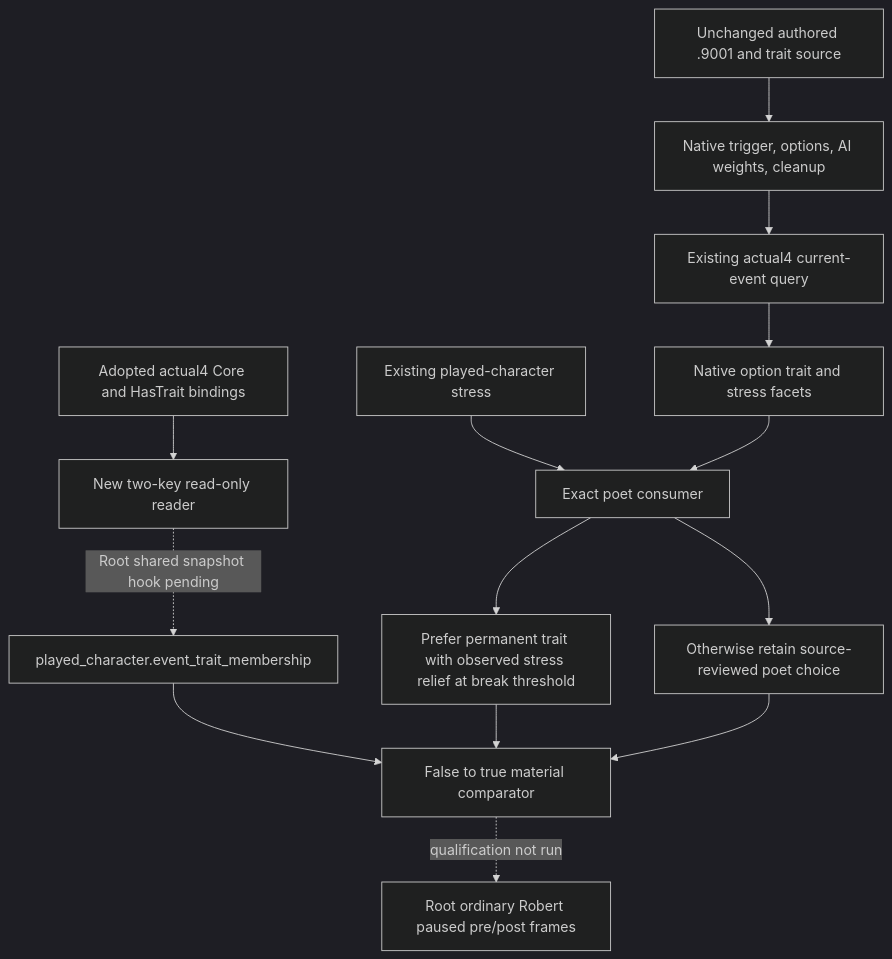
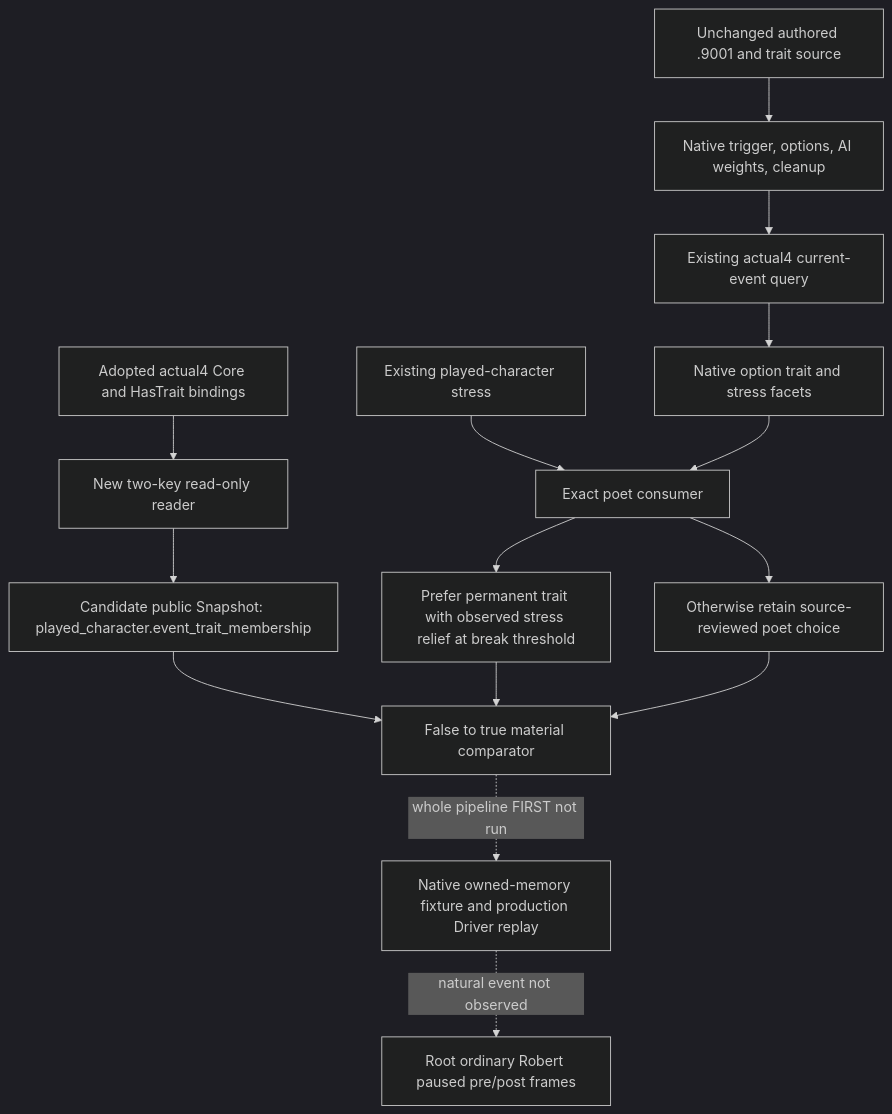
Before and after one commit to XenoAmess/ck3_eternal_recurrence: the diagram in docs/ck3-native-ai/person-event-long-term-utility-12004.md, drawn with Mermaid (dark theme). The commit also changed other lines of this file and 13 other files, not shown here.

Commit message:
Publish persistent event traits in the actual4 state snapshot

````diff
--- a/docs/ck3-native-ai/person-event-long-term-utility-12004.md
+++ b/docs/ck3-native-ai/person-event-long-term-utility-12004.md
@@ -42,16 +45,17 @@
 ```mermaid
 flowchart TD
     S[Unchanged authored .9001 and trait source] --> N[Native trigger, options, AI weights, cleanup]
     N --> E[Existing actual4 current-event query]
     E --> I[Native option trait and stress facets]
     P[Existing played-character stress] --> C[Exact poet consumer]
     I --> C
     C --> L[Prefer permanent trait with observed stress relief at break threshold]
     C --> B[Otherwise retain source-reviewed poet choice]
     T[Adopted actual4 Core and HasTrait bindings] --> R[New two-key read-only reader]
-    R -. Root shared snapshot hook pending .-> W[played_character.event_trait_membership]
+    R --> W[Candidate public Snapshot: played_character.event_trait_membership]
     W --> O[False to true material comparator]
     L --> O
     B --> O
-    O -. qualification not run .-> V[Root ordinary Robert paused pre/post frames]
+    O -. whole pipeline FIRST not run .-> F[Native owned-memory fixture and production Driver replay]
+    F -. natural event not observed .-> V[Root ordinary Robert paused pre/post frames]
 ```
````
